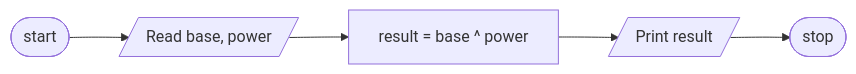
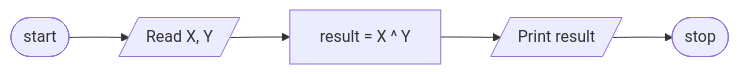
The diagram in ETS1026_15_Nardos_Bisrat/Exponential.md (SWEG-2015EC-Batch/Wired), drawn with Mermaid before and after one commit.

Commit message:
Exponential.md

````diff
--- a/ETS1026_15_Nardos_Bisrat/Exponential.md
+++ b/ETS1026_15_Nardos_Bisrat/Exponential.md
@@ -23,12 +23,12 @@
  ```mermaid
 flowchart LR;
 id1([start])
-id2[/Read base, power/]
-id3[result = base ^ power]
+id2[/Read X, Y/]
+id3[result = X ^ Y]
 id4[/Print result/]
 id5([stop])
 id1-->id2
 id2--> id3
 id3--> id4
 id4--> id5
 ```
````
